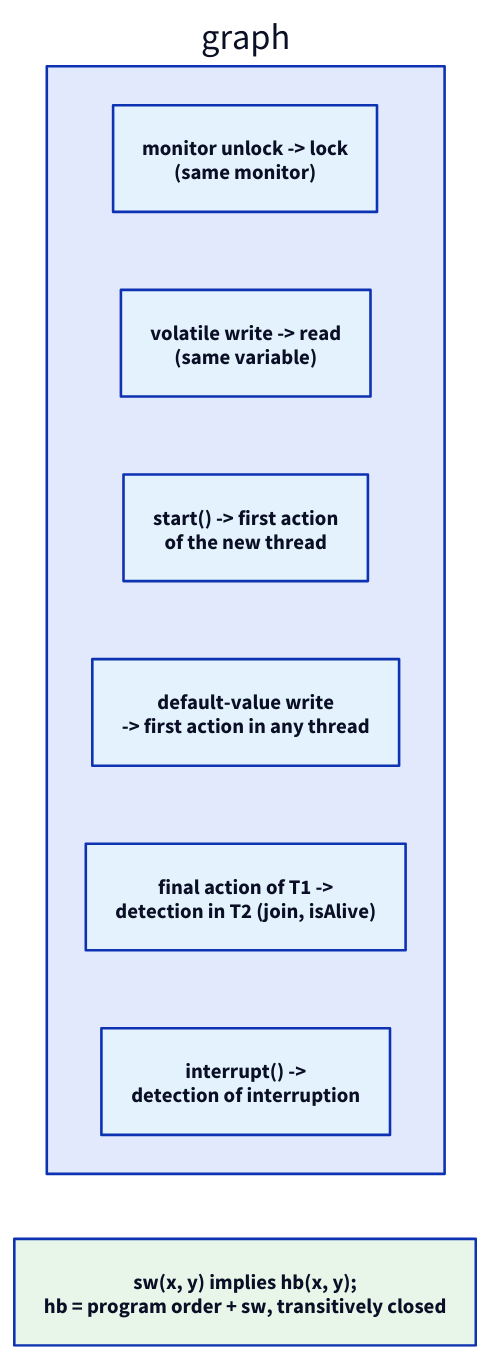
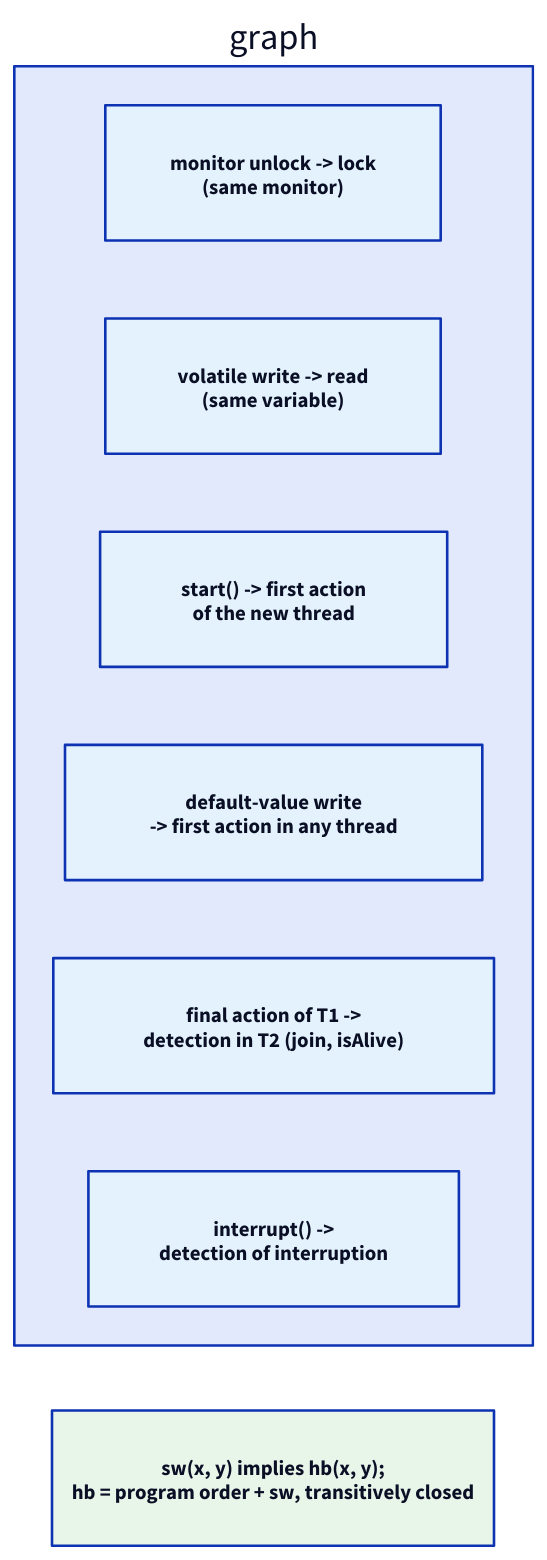
One commit to LogicAdept/SRS-Obsidian changed the diagram in SRS/What is the synchronizes-with relation in the Java Memory Model.md. Above: the diagram before and after it, drawn with D2. The commit also changed 19 other files, not shown here.

````diff
--- a/SRS/What is the synchronizes-with relation in the Java Memory Model.md
+++ b/SRS/What is the synchronizes-with relation in the Java Memory Model.md
@@ -14,12 +14,40 @@
 ```d2
 direction: right
 graph: {
-  monitor: "monitor unlock -> lock\n(same monitor)" { style.fill: "#e3f2fd" }
-  vol: "volatile write -> read\n(same variable)" { style.fill: "#e3f2fd" }
-  start: "start() -> first action\nof the new thread" { style.fill: "#e3f2fd" }
-  def: "default-value write\n-> first action in any thread" { style.fill: "#e3f2fd" }
-  term: "final action of T1 ->\ndetection in T2 (join, isAlive)" { style.fill: "#e3f2fd" }
-  intr: "interrupt() ->\ndetection of interruption" { style.fill: "#e3f2fd" }
+  monitor: "monitor unlock -> lock\n(same monitor)" {
+    width: 258
+    height: 104
+    style.fill: "#e3f2fd"
+  }
+  vol: "volatile write -> read\n(same variable)" {
+    width: 258
+    height: 104
+    style.fill: "#e3f2fd"
+  }
+  start: "start() -> first action\nof the new thread" {
+    width: 267
+    height: 104
+    style.fill: "#e3f2fd"
+  }
+  def: "default-value write\n-> first action in any thread" {
+    width: 321
+    height: 104
+    style.fill: "#e3f2fd"
+  }
+  term: "final action of T1 ->\ndetection in T2 (join, isAlive)" {
+    width: 339
+    height: 104
+    style.fill: "#e3f2fd"
+  }
+  intr: "interrupt() ->\ndetection of interruption" {
+    width: 285
+    height: 104
+    style.fill: "#e3f2fd"
+  }
 }
-note: "sw(x, y) implies hb(x, y);\nhb = program order + sw, transitively closed" { style.fill: "#e8f5e9" }
+note: "sw(x, y) implies hb(x, y);\nhb = program order + sw, transitively closed" {
+  width: 340
+  height: 104
+  style.fill: "#e8f5e9"
+}
 ```
````
